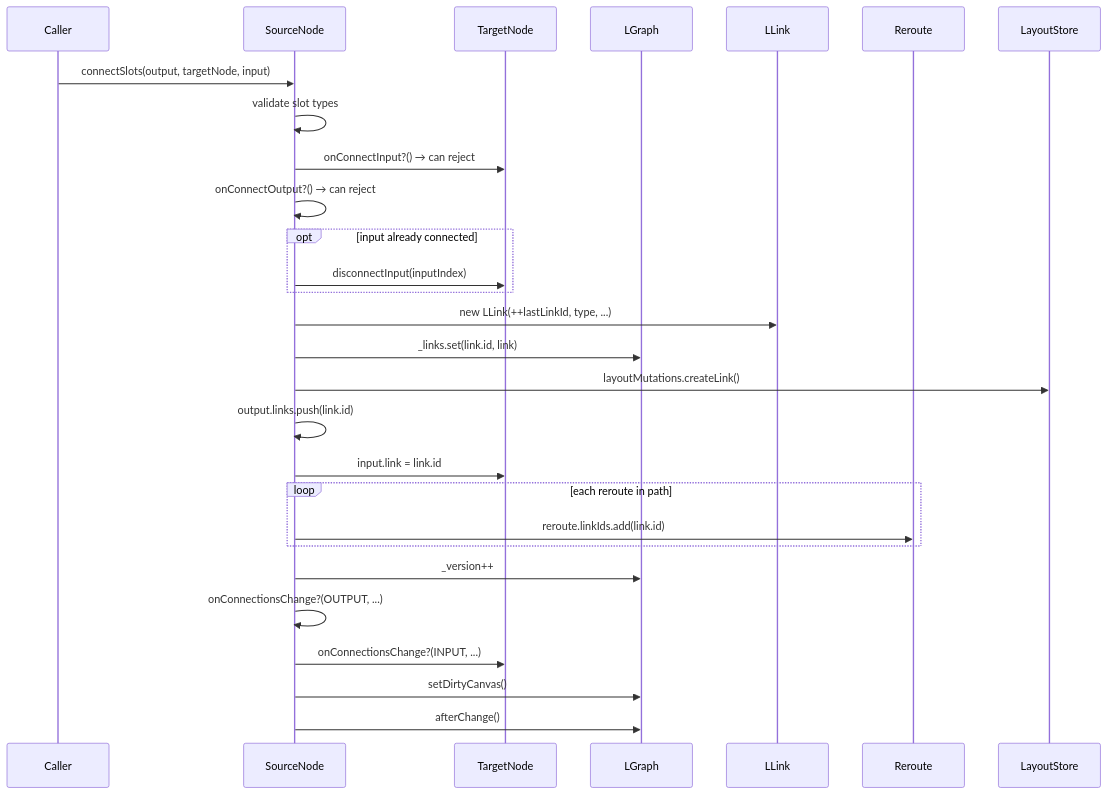
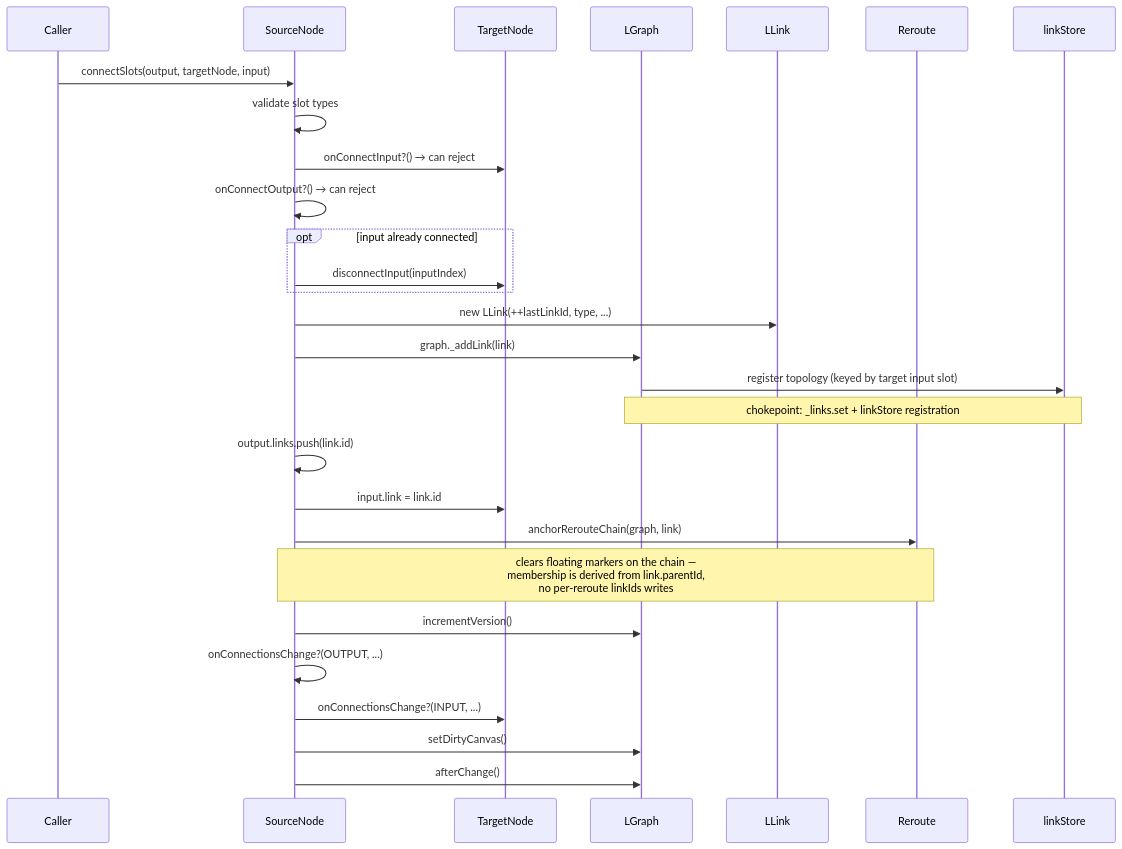
Before and after one commit to Comfy-Org/ComfyUI_frontend: diagram 11 of 14 in docs/architecture/ecs-lifecycle-scenarios.md, drawn with Mermaid. The commit also changed other lines of this file and 9 other files, not shown here.

First line of the commit message:
docs: align ECS architecture records with shipped link/reroute stores

````diff
--- a/docs/architecture/ecs-lifecycle-scenarios.md
+++ b/docs/architecture/ecs-lifecycle-scenarios.md
@@ -527,37 +532,37 @@
 ```mermaid
 sequenceDiagram
     participant Caller
     participant N1 as SourceNode
     participant N2 as TargetNode
     participant G as LGraph
     participant L as LLink
     participant R as Reroute
-    participant LS as LayoutStore
+    participant LKS as linkStore
 
     Caller->>N1: connectSlots(output, targetNode, input)
 
     N1->>N1: validate slot types
     N1->>N2: onConnectInput?() → can reject
     N1->>N1: onConnectOutput?() → can reject
 
     opt input already connected
         N1->>N2: disconnectInput(inputIndex)
     end
 
     N1->>L: new LLink(++lastLinkId, type, ...)
-    N1->>G: _links.set(link.id, link)
-    N1->>LS: layoutMutations.createLink()
+    N1->>G: graph._addLink(link)
+    G->>LKS: register topology (keyed by target input slot)
+    Note over G,LKS: chokepoint: _links.set + linkStore registration
 
     N1->>N1: output.links.push(link.id)
     N1->>N2: input.link = link.id
 
-    loop each reroute in path
-        N1->>R: reroute.linkIds.add(link.id)
-    end
+    N1->>R: anchorRerouteChain(graph, link)
+    Note over N1,R: clears floating markers on the chain —<br/>membership is derived from link.parentId,<br/>no per-reroute linkIds writes
 
-    N1->>G: _version++
+    N1->>G: incrementVersion()
     N1->>N1: onConnectionsChange?(OUTPUT, ...)
     N1->>N2: onConnectionsChange?(INPUT, ...)
     N1->>G: setDirtyCanvas()
     N1->>G: afterChange()
 ```
````
